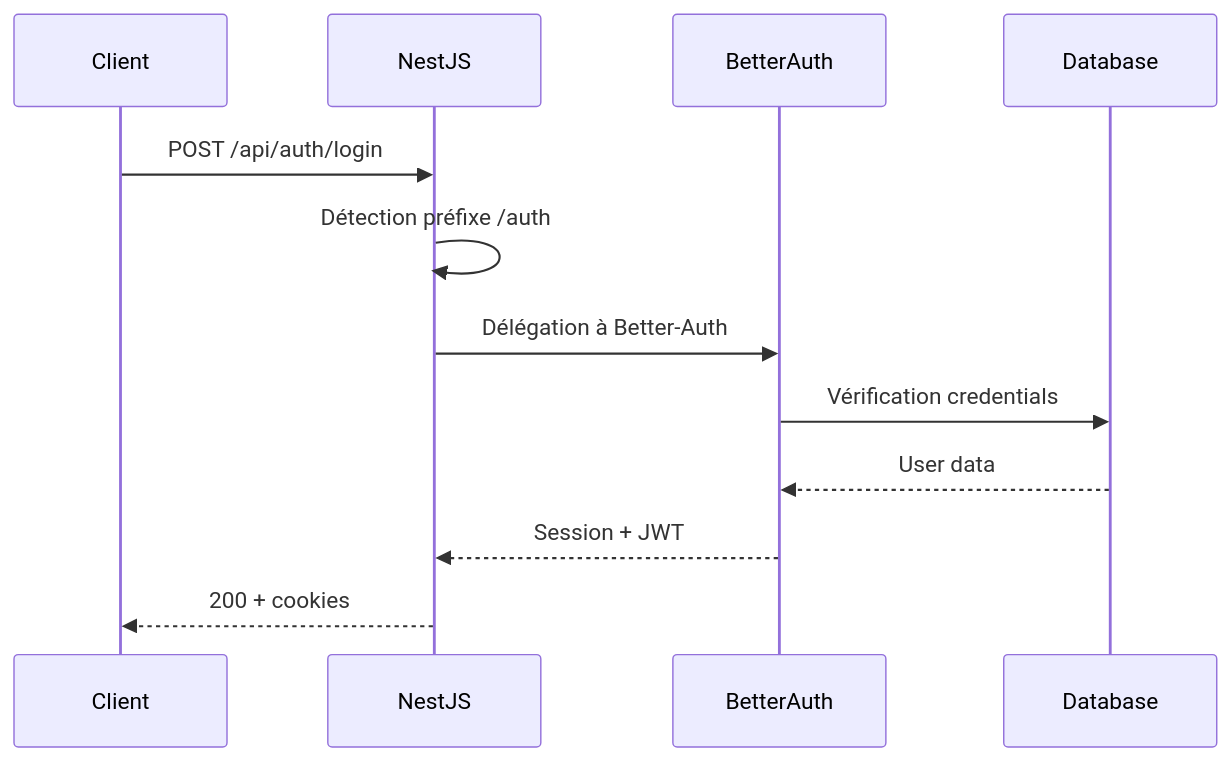
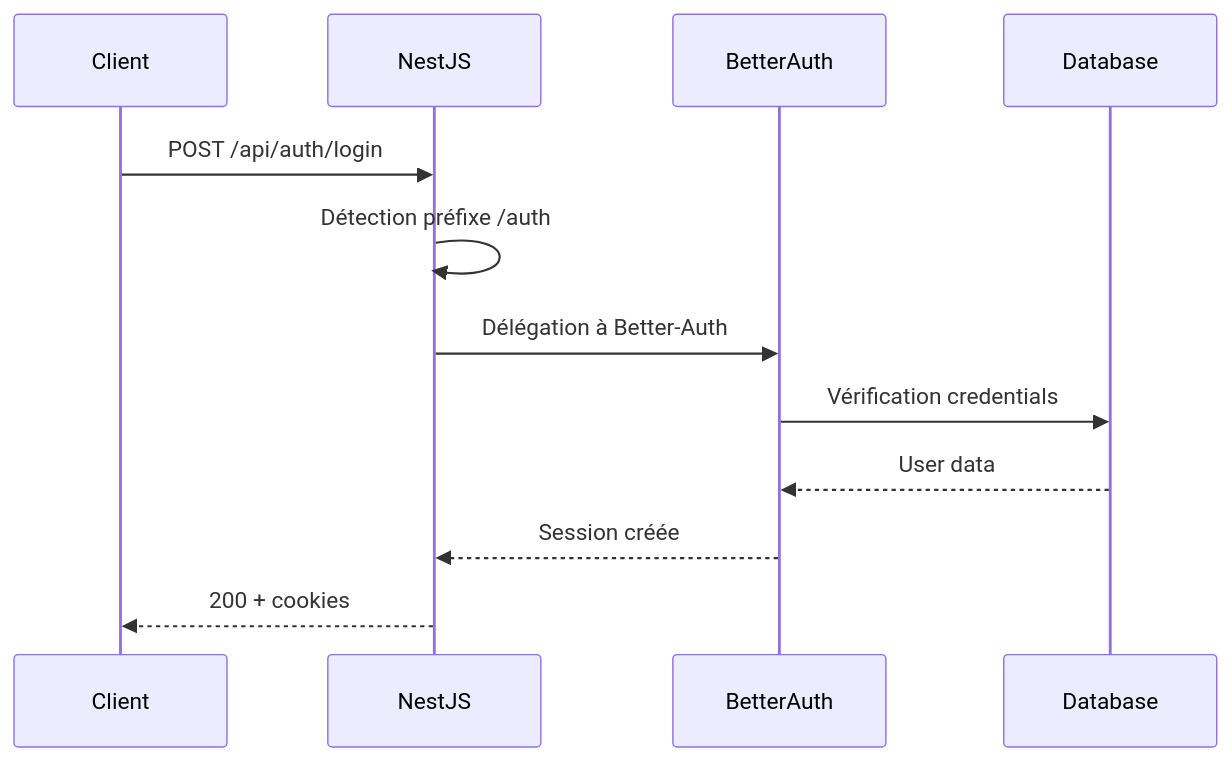
One commit to Netsbump/dropit-documentation changed the diagram in src/content/docs/securite/authentification.md. Above: the diagram before and after it, drawn with Mermaid. The commit also changed other lines of this file and 3 other files, not shown here.

````diff
--- a/src/content/docs/securite/authentification.md
+++ b/src/content/docs/securite/authentification.md
@@ -56,15 +56,15 @@
 ```mermaid
 sequenceDiagram
     participant Client
     participant NestJS
     participant BetterAuth
     participant Database
 
     Client->>NestJS: POST /api/auth/login
     NestJS->>NestJS: Détection préfixe /auth
     NestJS->>BetterAuth: Délégation à Better-Auth
     BetterAuth->>Database: Vérification credentials
     Database-->>BetterAuth: User data
-    BetterAuth-->>NestJS: Session + JWT
+    BetterAuth-->>NestJS: Session créée
     NestJS-->>Client: 200 + cookies
 ```
````
